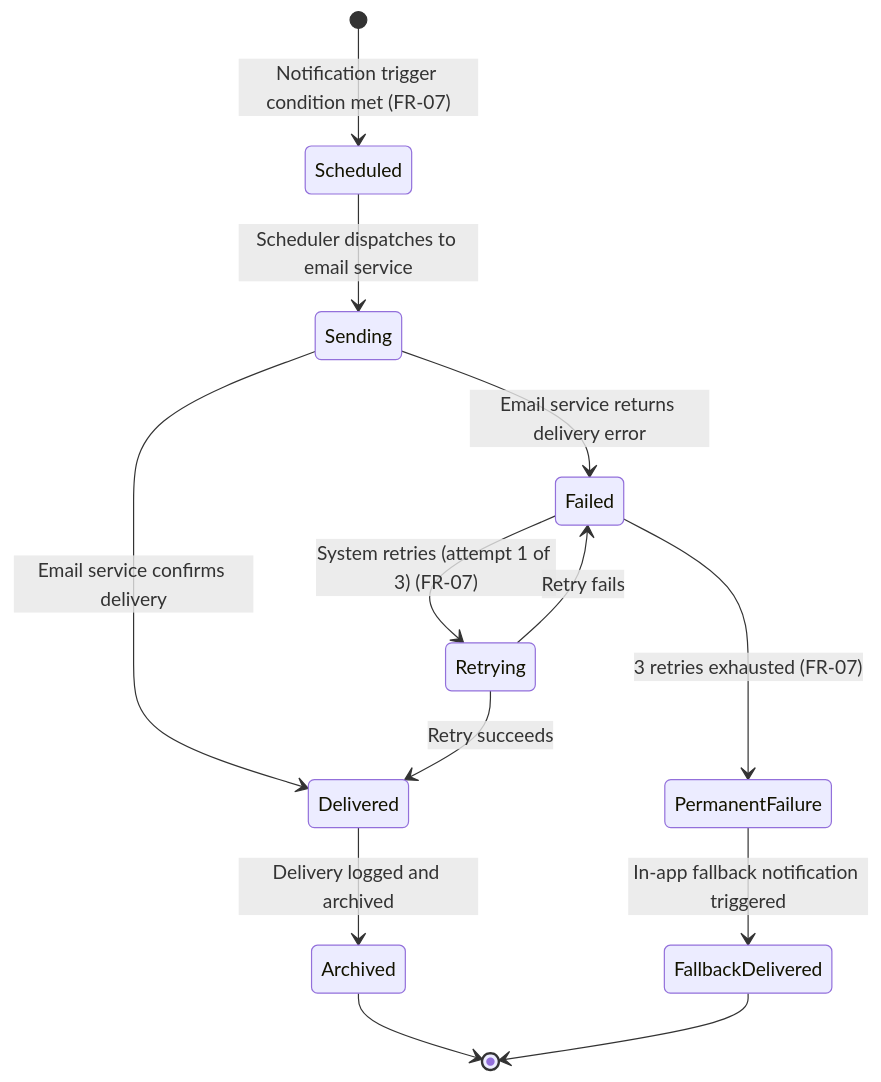
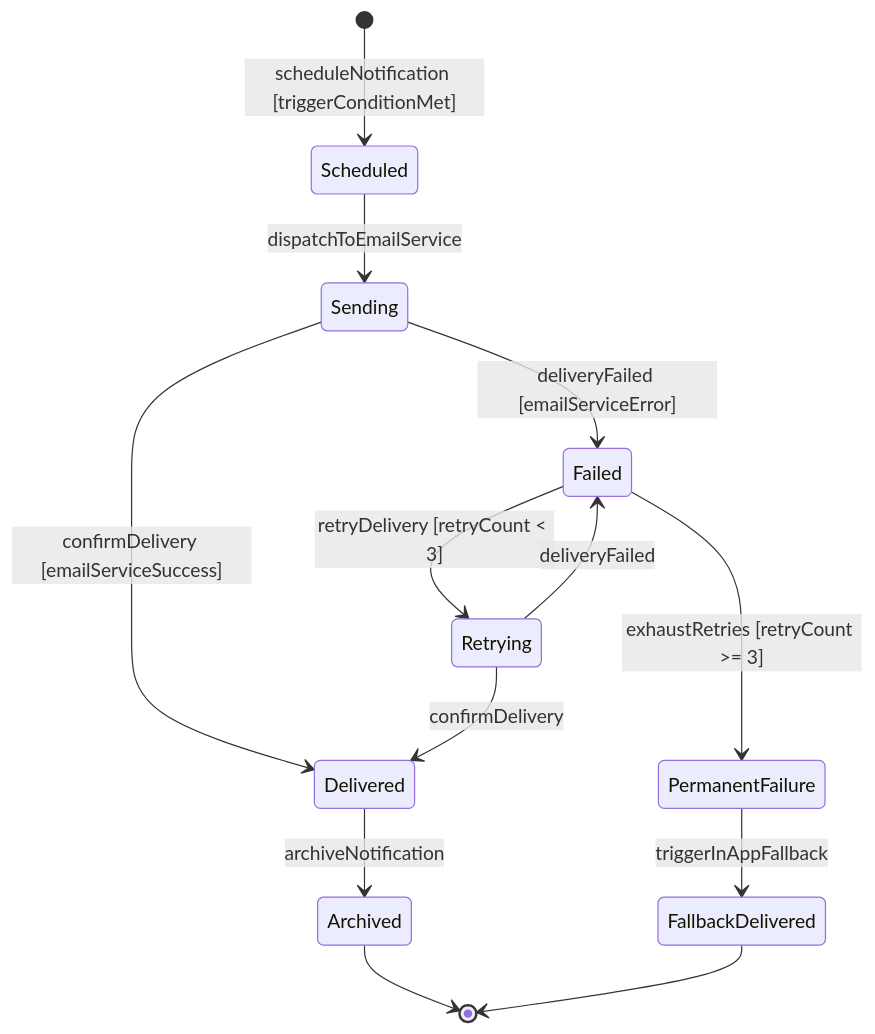
The fifth of 8 diagrams in STATE_TRANSITION_DIAGRAMS.md (211225347/Smart-Academic-Library-Assistance-System-SALAS-), drawn with Mermaid before and after one commit. The commit also changed other lines of this file, not shown here.

````diff
--- a/STATE_TRANSITION_DIAGRAMS.md
+++ b/STATE_TRANSITION_DIAGRAMS.md
@@ -169,19 +178,19 @@
 ```mermaid
 stateDiagram-v2
-    [*] --> Scheduled : Notification trigger condition met (FR-07)
+    [*] --> Scheduled : scheduleNotification [triggerConditionMet]
 
-    Scheduled --> Sending : Scheduler dispatches to email service
-    Sending --> Delivered : Email service confirms delivery
-    Sending --> Failed : Email service returns delivery error
+    Scheduled --> Sending : dispatchToEmailService
+    Sending --> Delivered : confirmDelivery [emailServiceSuccess]
+    Sending --> Failed : deliveryFailed [emailServiceError]
 
-    Failed --> Retrying : System retries (attempt 1 of 3) (FR-07)
-    Retrying --> Delivered : Retry succeeds
-    Retrying --> Failed : Retry fails
-    Failed --> PermanentFailure : 3 retries exhausted (FR-07)
+    Failed --> Retrying : retryDelivery [retryCount < 3]
+    Retrying --> Delivered : confirmDelivery
+    Retrying --> Failed : deliveryFailed
+    Failed --> PermanentFailure : exhaustRetries [retryCount >= 3]
 
-    Delivered --> Archived : Delivery logged and archived
-    PermanentFailure --> FallbackDelivered : In-app fallback notification triggered
+    Delivered --> Archived : archiveNotification
+    PermanentFailure --> FallbackDelivered : triggerInAppFallback
 
     Archived --> [*]
     FallbackDelivered --> [*]
 ```
````
